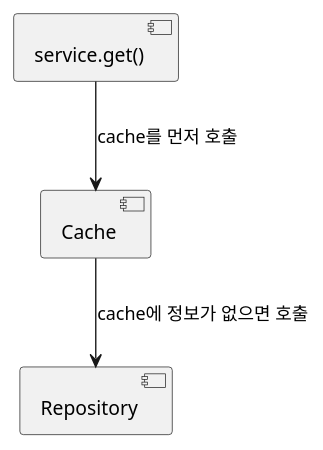
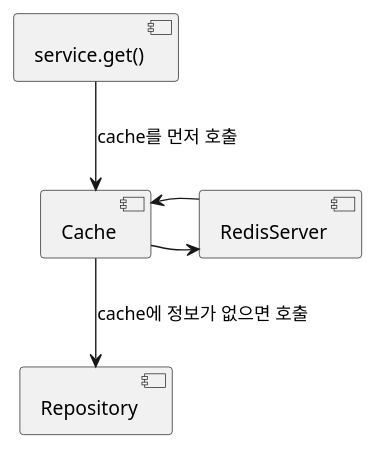
One commit to supawer0728/supawer0728.github.io changed the first of 3 diagrams in source/_posts/spring-cache-fallback.md. Above: the diagram before and after it, drawn with PlantUML. The commit also changed other lines of this file, not shown here.

```diff
--- a/source/_posts/spring-cache-fallback.md
+++ b/source/_posts/spring-cache-fallback.md
@@ -25,4 +25,6 @@
 {% plantuml %}
 [service.get()] --> [Cache] : cache를 먼저 호출
+[Cache] -right-> [RedisServer]
+[RedisServer] -left-> [Cache]
 [Cache] --> [Repository] : cache에 정보가 없으면 호출
 {% endplantuml %}
```
